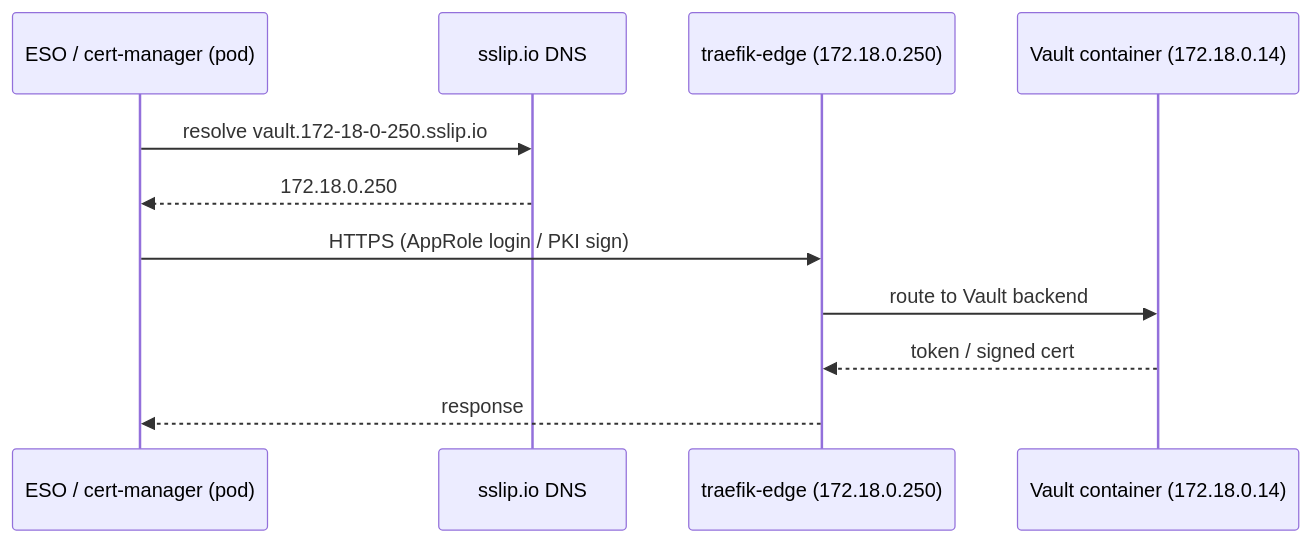
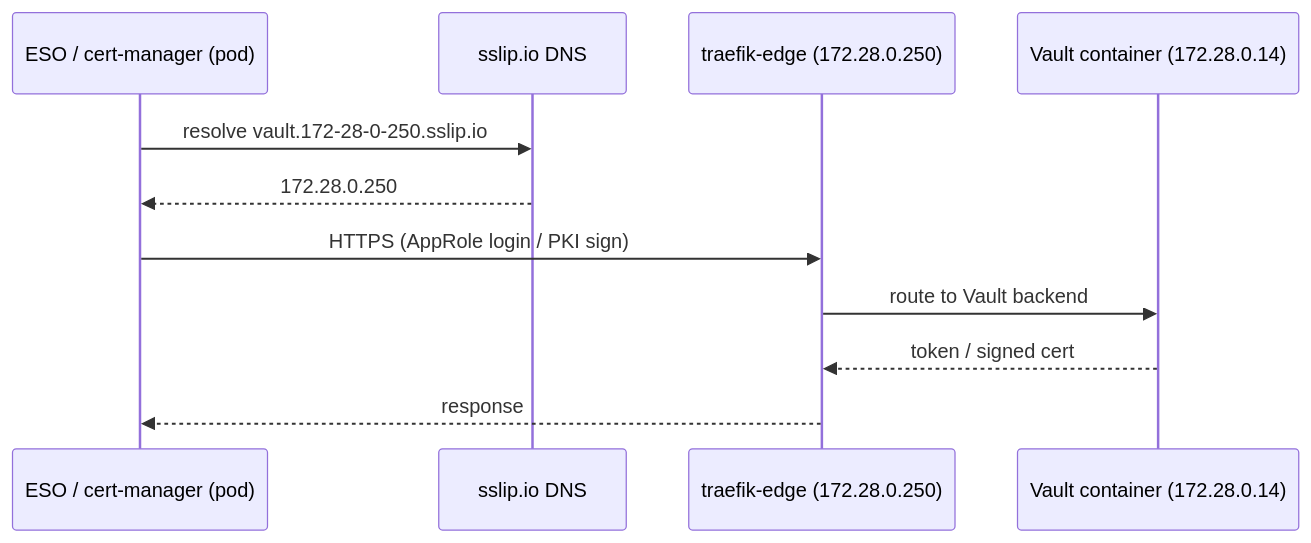
The third of 5 diagrams in docs/detailed-architecture.md (rmlandvreugd/cnpg-playground), drawn with Mermaid before and after one commit. The commit also changed other lines of this file and 34 other files, not shown here.

````diff
--- a/docs/detailed-architecture.md
+++ b/docs/detailed-architecture.md
@@ -265,13 +265,13 @@
 ```mermaid
 sequenceDiagram
     participant ESO as ESO / cert-manager (pod)
     participant DNS as sslip.io DNS
-    participant Edge as traefik-edge (172.18.0.250)
-    participant Vault as Vault container (172.18.0.14)
-    ESO->>DNS: resolve vault.172-18-0-250.sslip.io
-    DNS-->>ESO: 172.18.0.250
+    participant Edge as traefik-edge (172.28.0.250)
+    participant Vault as Vault container (172.28.0.14)
+    ESO->>DNS: resolve vault.172-28-0-250.sslip.io
+    DNS-->>ESO: 172.28.0.250
     ESO->>Edge: HTTPS (AppRole login / PKI sign)
     Edge->>Vault: route to Vault backend
     Vault-->>Edge: token / signed cert
     Edge-->>ESO: response
 ```
````
